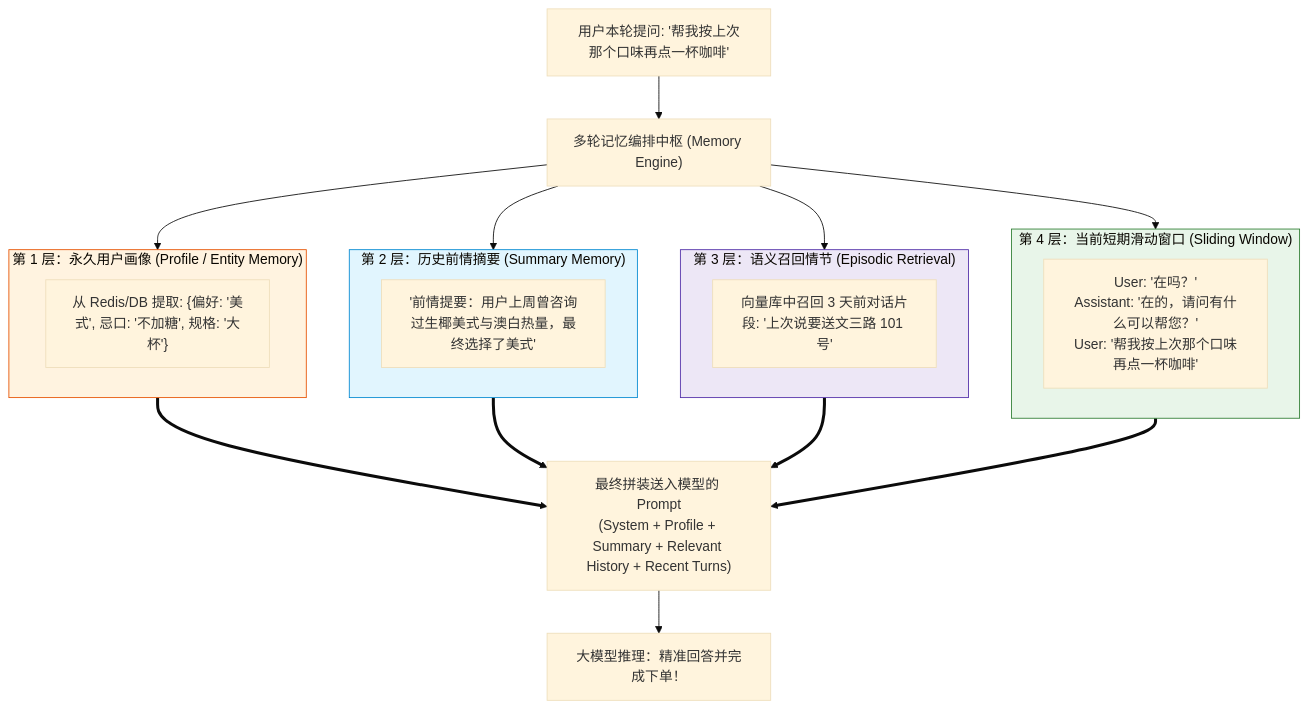
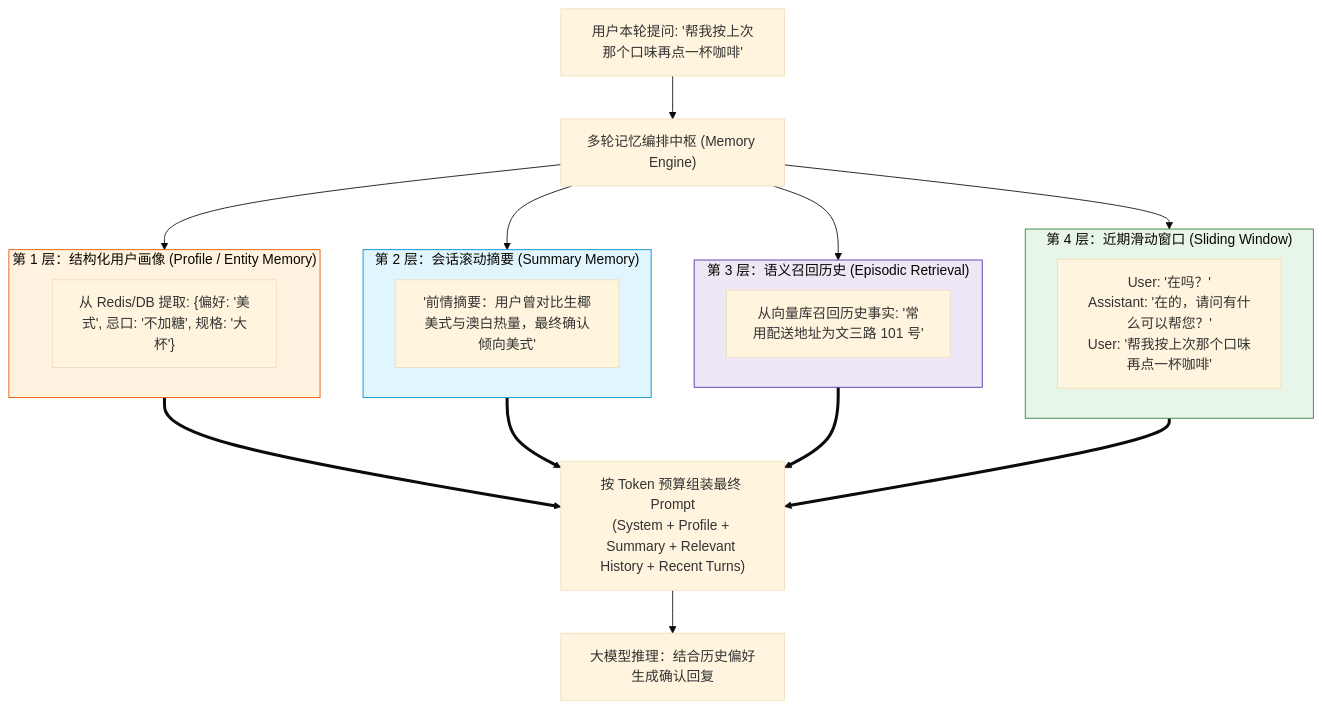
The third of 4 diagrams in 10-AI应用开发/04-多轮对话与上下文工程/00-多轮对话与记忆全景心智模型.md (GuoWWWX/knowledge-base), drawn with Mermaid (base theme) before and after one commit. The commit also changed other lines of this file and 251 other files, not shown here.

````diff
--- a/10-AI应用开发/04-多轮对话与上下文工程/00-多轮对话与记忆全景心智模型.md
+++ b/10-AI应用开发/04-多轮对话与上下文工程/00-多轮对话与记忆全景心智模型.md
@@ -108,33 +88,33 @@
 ```mermaid
 flowchart TD
     UserQ["用户本轮提问: '帮我按上次那个口味再点一杯咖啡'"] --> Engine["多轮记忆编排中枢 (Memory Engine)"]
 
-    subgraph Layer1["第 1 层：永久用户画像 (Profile / Entity Memory)"]
+    subgraph Layer1["第 1 层：结构化用户画像 (Profile / Entity Memory)"]
         P1["从 Redis/DB 提取: {偏好: '美式', 忌口: '不加糖', 规格: '大杯'}"]
     end
 
-    subgraph Layer2["第 2 层：历史前情摘要 (Summary Memory)"]
-        P2["'前情提要：用户上周曾咨询过生椰美式与澳白热量，最终选择了美式'"]
+    subgraph Layer2["第 2 层：会话滚动摘要 (Summary Memory)"]
+        P2["'前情摘要：用户曾对比生椰美式与澳白热量，最终确认倾向美式'"]
     end
 
-    subgraph Layer3["第 3 层：语义召回情节 (Episodic Retrieval)"]
-        P3["向量库中召回 3 天前对话片段: '上次说要送文三路 101 号'"]
+    subgraph Layer3["第 3 层：语义召回历史 (Episodic Retrieval)"]
+        P3["从向量库召回历史事实: '常用配送地址为文三路 101 号'"]
     end
 
-    subgraph Layer4["第 4 层：当前短期滑动窗口 (Sliding Window)"]
+    subgraph Layer4["第 4 层：近期滑动窗口 (Sliding Window)"]
         P4["User: '在吗？'<br/>Assistant: '在的，请问有什么可以帮您？'<br/>User: '帮我按上次那个口味再点一杯咖啡'"]
     end
 
     Engine --> Layer1
     Engine --> Layer2
     Engine --> Layer3
     Engine --> Layer4
 
-    Layer1 & Layer2 & Layer3 & Layer4 ==> FinalPrompt["最终拼装送入模型的 Prompt<br/>(System + Profile + Summary + Relevant History + Recent Turns)"]
-    FinalPrompt --> LLM["大模型推理：精准回答并完成下单！"]
+    Layer1 & Layer2 & Layer3 & Layer4 ==> FinalPrompt["按 Token 预算组装最终 Prompt<br/>(System + Profile + Summary + Relevant History + Recent Turns)"]
+    FinalPrompt --> LLM["大模型推理：结合历史偏好生成确认回复"]
 
     style Layer1 fill:#fff3e0,stroke:#e65100,stroke-width:1px
     style Layer2 fill:#e1f5fe,stroke:#0288d1,stroke-width:1px
     style Layer3 fill:#ede7f6,stroke:#512da8,stroke-width:1px
     style Layer4 fill:#e8f5e9,stroke:#2e7d32,stroke-width:1px
 ```
````
